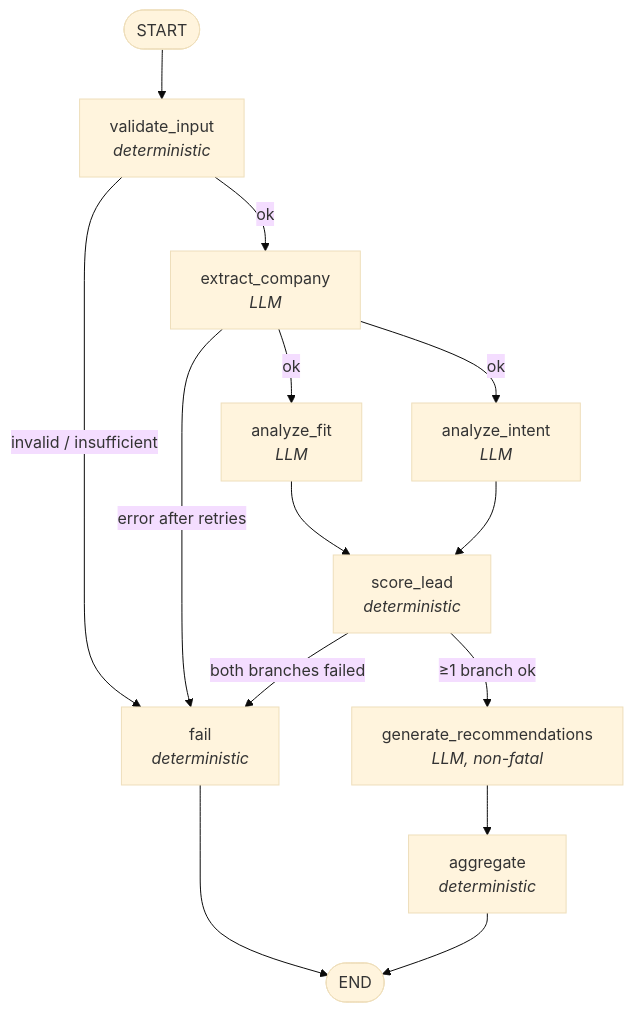
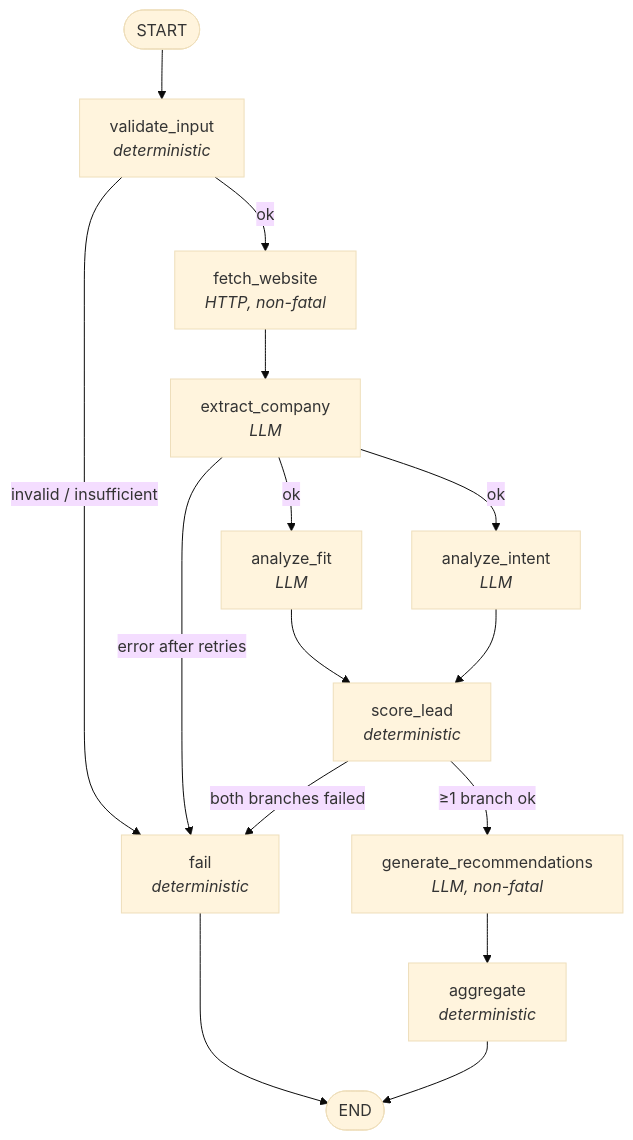
One commit to zori7/lead-intelligence-platform changed the fifth of 5 diagrams in SPEC.md. Above: the diagram before and after it, drawn with Mermaid (base theme). The commit also changed other lines of this file and 1 other file, not shown here.

First line of the commit message:
Ground company insights in the lead's website

````diff
--- a/SPEC.md
+++ b/SPEC.md
@@ -844,16 +884,17 @@
 ```mermaid
 flowchart TD
     START([START]) --> V[validate_input<br/><i>deterministic</i>]
     V -- "invalid / insufficient" --> FAIL[fail<br/><i>deterministic</i>]
-    V -- ok --> E[extract_company<br/><i>LLM</i>]
+    V -- ok --> W[fetch_website<br/><i>HTTP, non-fatal</i>]
+    W --> E[extract_company<br/><i>LLM</i>]
     E -- "error after retries" --> FAIL
     E -- ok --> FIT[analyze_fit<br/><i>LLM</i>]
     E -- ok --> INT[analyze_intent<br/><i>LLM</i>]
     FIT --> S[score_lead<br/><i>deterministic</i>]
     INT --> S
     S -- "both branches failed" --> FAIL
     S -- "≥1 branch ok" --> R[generate_recommendations<br/><i>LLM, non-fatal</i>]
     R --> A[aggregate<br/><i>deterministic</i>]
     A --> END([END])
     FAIL --> END
 ```
````
